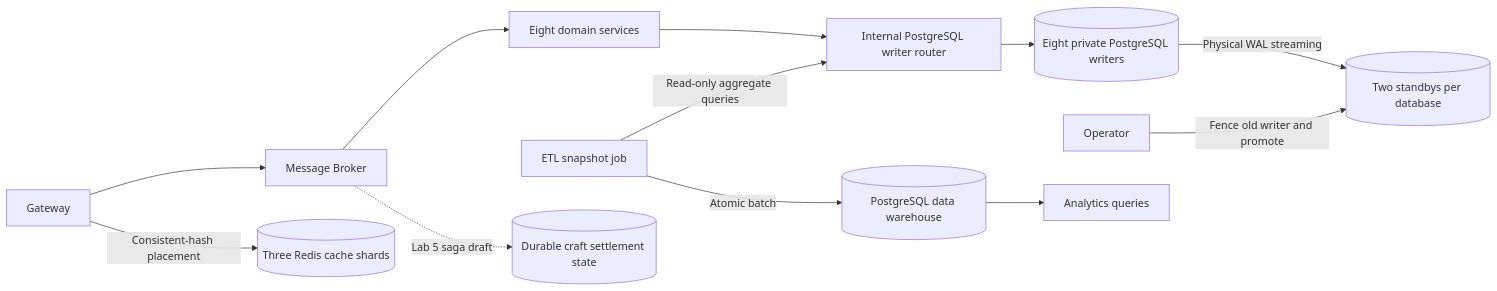
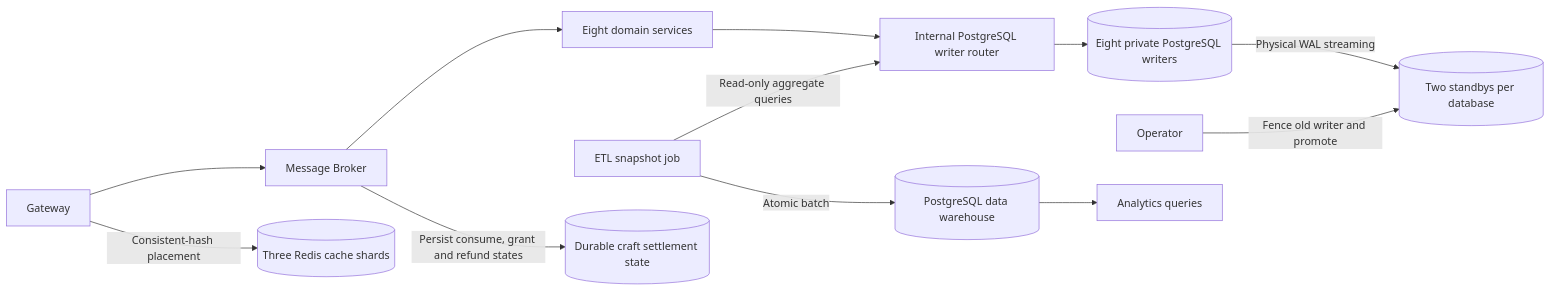
Before and after one commit to PAD-TEAM-7/PAD-TEAM-7: the first of 3 diagrams in docs/architecture.md, drawn with Mermaid. The commit also changed 1 other file, not shown here.

Commit message:
docs(platform): record live saga verification and proposed image versions

````diff
--- a/docs/architecture.md
+++ b/docs/architecture.md
@@ -8,14 +8,14 @@
 ```mermaid
 flowchart LR
     Gateway[Gateway] --> Broker[Message Broker]
     Broker --> Services[Eight domain services]
     Services --> Router[Internal PostgreSQL writer router]
     ETL[ETL snapshot job] -->|Read-only aggregate queries| Router
     Router --> Sources[(Eight private PostgreSQL writers)]
     Sources -->|Physical WAL streaming| Standbys[(Two standbys per database)]
     Operator[Operator] -->|Fence old writer and promote| Standbys
     ETL -->|Atomic batch| Warehouse[(PostgreSQL data warehouse)]
     Warehouse --> Analytics[Analytics queries]
     Gateway -->|Consistent-hash placement| Cache[(Three Redis cache shards)]
-    Broker -. Lab 5 saga draft .-> Sagas[(Durable craft settlement state)]
+    Broker -->|Persist consume, grant and refund states| Sagas[(Durable craft settlement state)]
 ```
````
